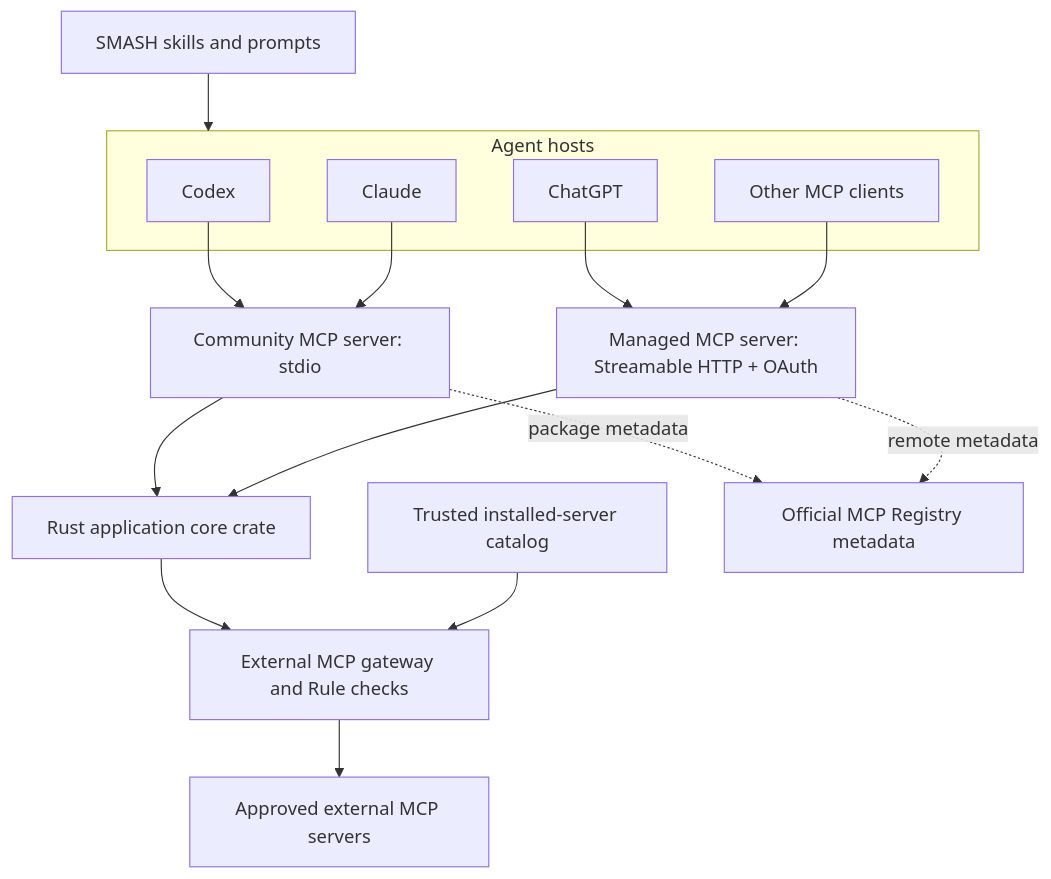
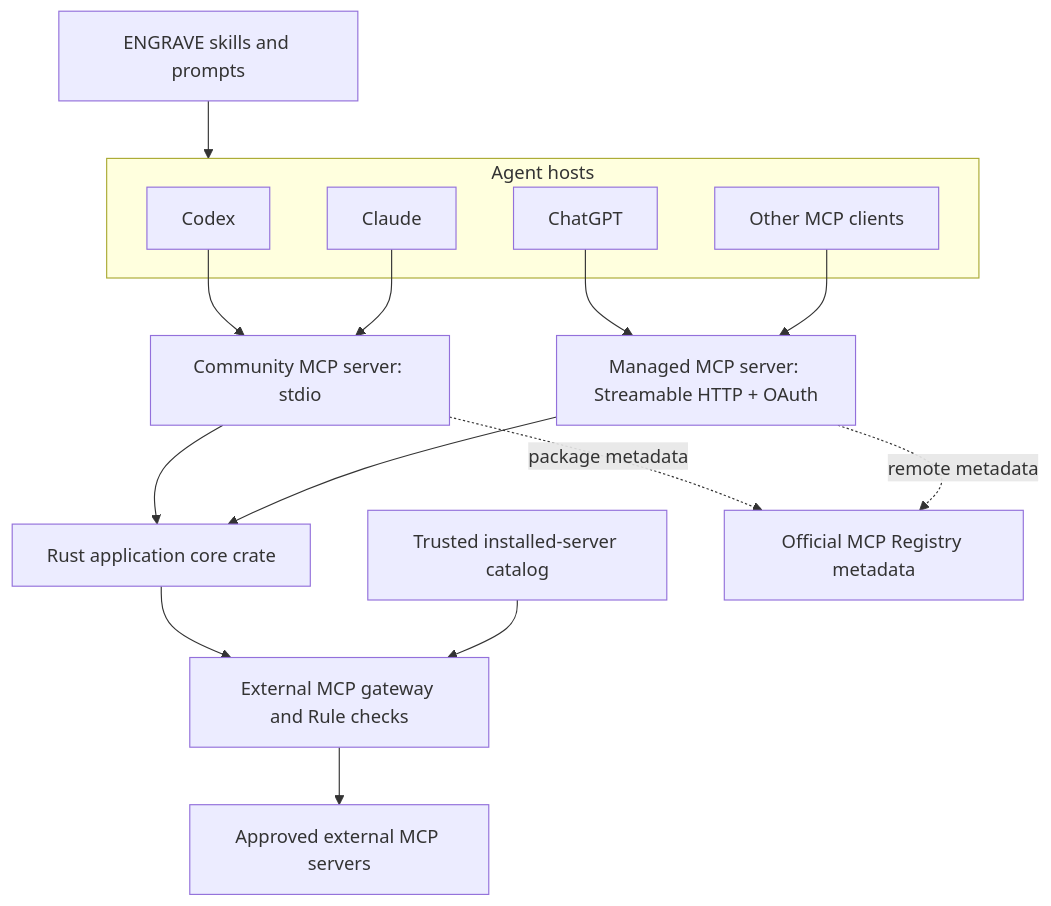
Diagram 11 of 16 in V2/docs/roadmap/23-diagrams.md (ebrahimisoheil/smash), drawn with Mermaid before and after one commit. The commit also changed other lines of this file and 65 other files, not shown here.

````diff
--- a/V2/docs/roadmap/23-diagrams.md
+++ b/V2/docs/roadmap/23-diagrams.md
@@ -331,31 +331,31 @@
 ```mermaid
 flowchart TB
     subgraph Hosts[Agent hosts]
         Codex[Codex]
         Claude[Claude]
         ChatGPT[ChatGPT]
         Other[Other MCP clients]
     end
 
-    Skills[SMASH skills and prompts]
+    Skills[ENGRAVE skills and prompts]
     LocalMCP[Community MCP server: stdio]
     RemoteMCP[Managed MCP server: Streamable HTTP + OAuth]
     Core[Rust application core crate]
     Gateway[External MCP gateway and Rule checks]
     Catalog[Trusted installed-server catalog]
     Registry[Official MCP Registry metadata]
     External[Approved external MCP servers]
 
     Skills --> Hosts
     Codex --> LocalMCP
     Claude --> LocalMCP
     ChatGPT --> RemoteMCP
     Other --> RemoteMCP
     LocalMCP --> Core
     RemoteMCP --> Core
     Core --> Gateway
     Catalog --> Gateway
     Gateway --> External
     LocalMCP -. package metadata .-> Registry
     RemoteMCP -. remote metadata .-> Registry
 ```
````
